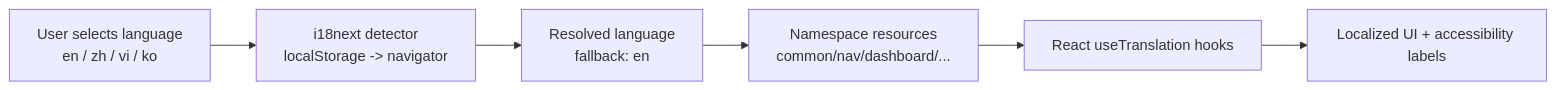
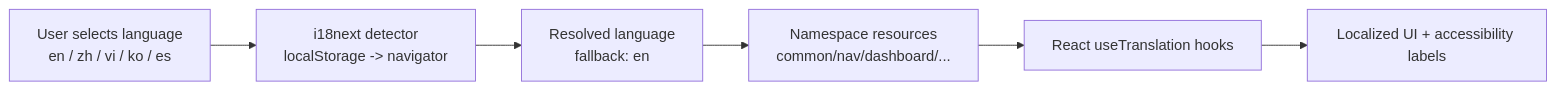
One commit to CorentinPa/Claude-Code-Agent-Monitor changed the second of 23 diagrams in README-KO.md. Above: the diagram before and after it, drawn with Mermaid. The commit also changed other lines of this file and 31 other files, not shown here.

````diff
--- a/README-KO.md
+++ b/README-KO.md
@@ -131,8 +131,8 @@
 ```mermaid
 flowchart LR
-    A["User selects language<br/>en / zh / vi / ko"] --> B["i18next detector<br/>localStorage -> navigator"]
+    A["User selects language<br/>en / zh / vi / ko / es"] --> B["i18next detector<br/>localStorage -> navigator"]
     B --> C["Resolved language<br/>fallback: en"]
     C --> D["Namespace resources<br/>common/nav/dashboard/..."]
     D --> E["React useTranslation hooks"]
     E --> F["Localized UI + accessibility labels"]
 ```
````
